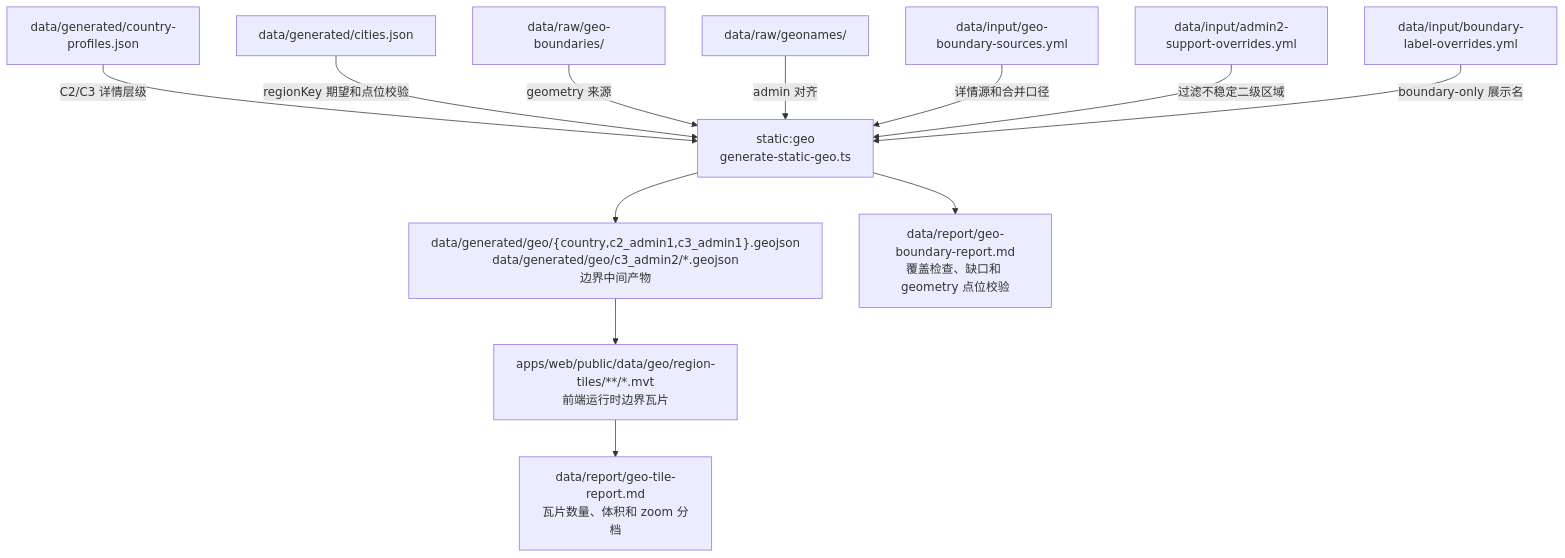
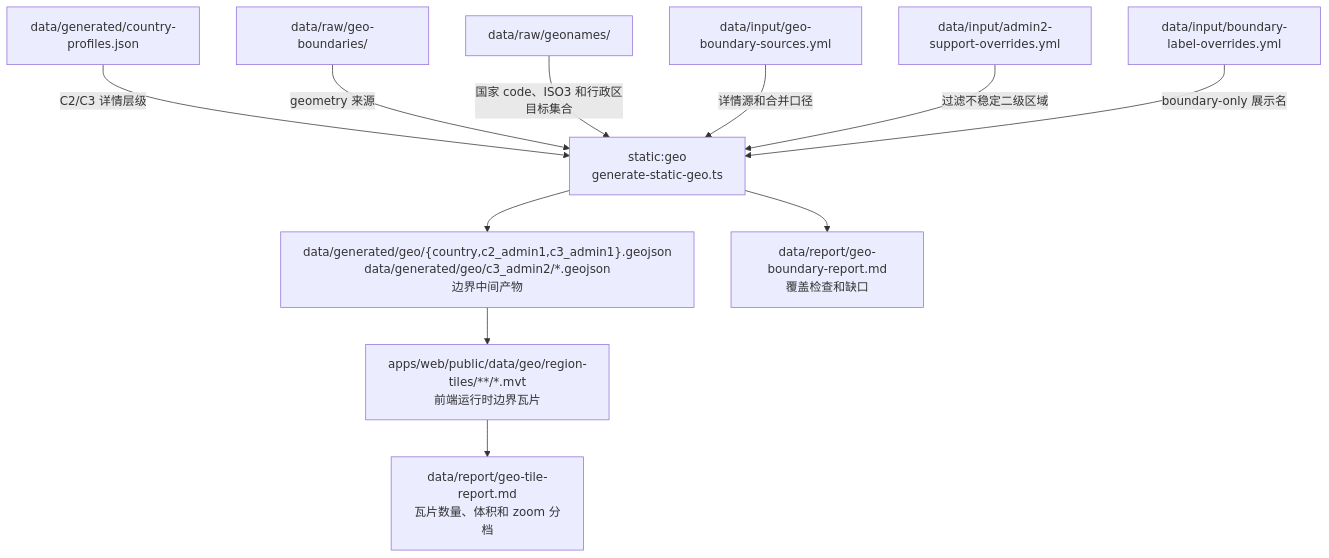
Before and after one commit to xiaomingio/weather-trip: the fifth of 6 diagrams in docs/specs/31-data-flow.md, drawn with Mermaid. The commit also changed other lines of this file and 683 other files, not shown here.

Commit message:
fix: decouple geo boundaries from city data

````diff
--- a/docs/specs/31-data-flow.md
+++ b/docs/specs/31-data-flow.md
@@ -213,27 +213,25 @@
 ```mermaid
 flowchart TB
   profilesGenerated["data/generated/country-profiles.json"]
-  citiesGenerated["data/generated/cities.json"]
   rawBoundary["data/raw/geo-boundaries/"]
   rawGeonames["data/raw/geonames/"]
   geoSources["data/input/geo-boundary-sources.yml"]
   boundaryLabels["data/input/boundary-label-overrides.yml"]
   admin2Support["data/input/admin2-support-overrides.yml"]
   generateGeo["static:geo<br/>generate-static-geo.ts"]
   publicGeo["data/generated/geo/{country,c2_admin1,c3_admin1}.geojson<br/>data/generated/geo/c3_admin2/*.geojson<br/>边界中间产物"]
   geoTiles["apps/web/public/data/geo/region-tiles/**/*.mvt<br/>前端运行时边界瓦片"]
-  geoReport["data/report/geo-boundary-report.md<br/>覆盖检查、缺口和 geometry 点位校验"]
+  geoReport["data/report/geo-boundary-report.md<br/>覆盖检查和缺口"]
   tileReport["data/report/geo-tile-report.md<br/>瓦片数量、体积和 zoom 分档"]
 
   profilesGenerated -->|C2/C3 详情层级| generateGeo
-  citiesGenerated -->|regionKey 期望和点位校验| generateGeo
   rawBoundary -->|geometry 来源| generateGeo
-  rawGeonames -->|admin 对齐| generateGeo
+  rawGeonames -->|国家 code、ISO3 和行政区目标集合| generateGeo
   geoSources -->|详情源和合并口径| generateGeo
   admin2Support -->|过滤不稳定二级区域| generateGeo
   boundaryLabels -->|boundary-only 展示名| generateGeo
   generateGeo --> publicGeo
   generateGeo --> geoReport
   publicGeo --> geoTiles
   geoTiles --> tileReport
 ```
````
